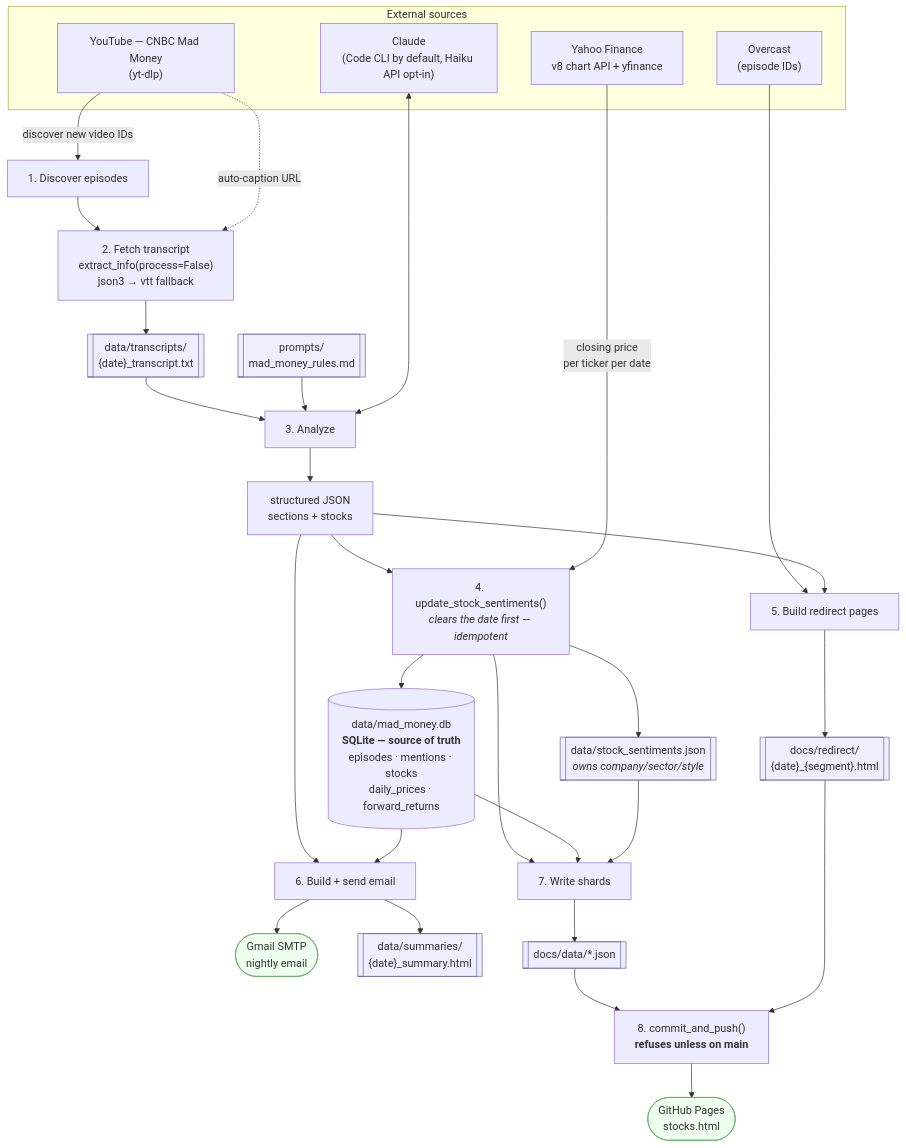
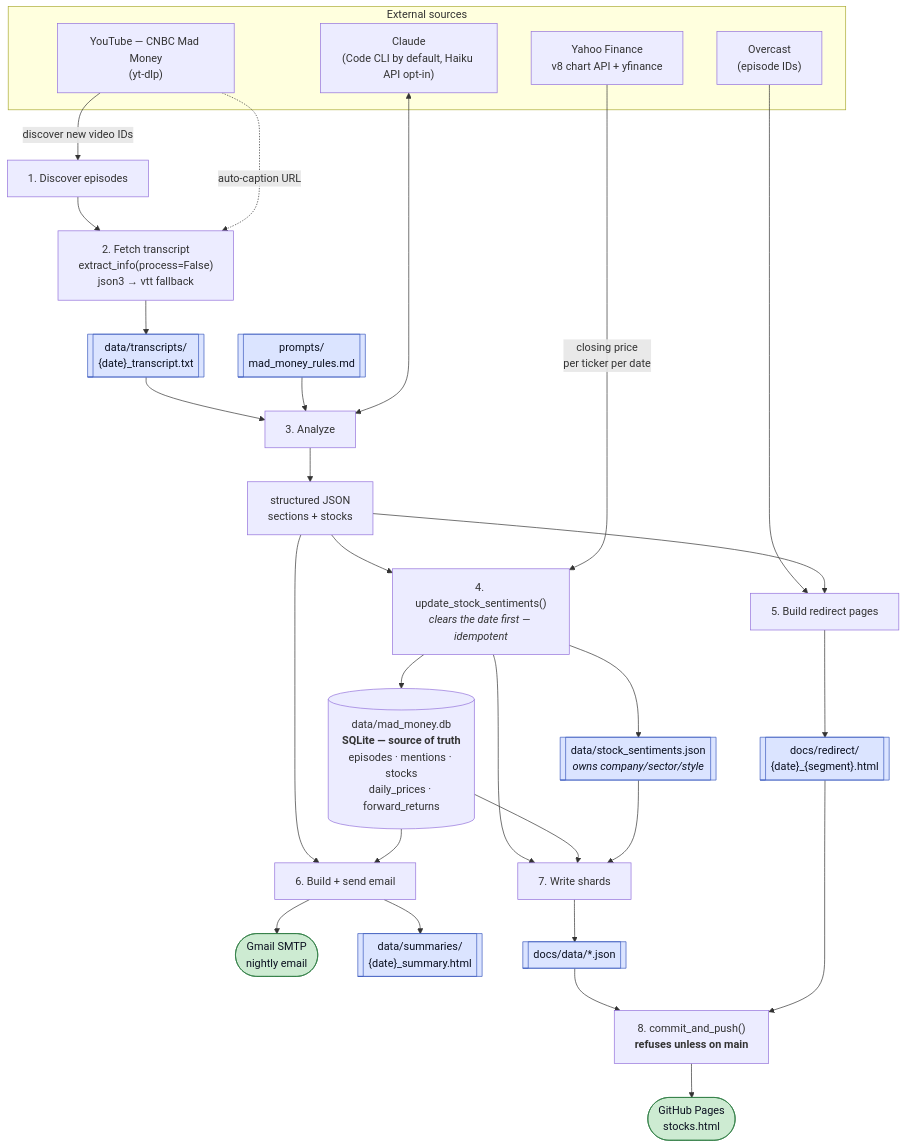
The first of 3 diagrams in notes/data-flow.md (jf-silverman/yt-words), drawn with Mermaid before and after one commit. The commit also changed other lines of this file, not shown here.

First line of the commit message:
data-flow: fix unreadable text in dark mode, add a legend

````diff
--- a/notes/data-flow.md
+++ b/notes/data-flow.md
@@ -10,48 +10,50 @@
 ```mermaid
 flowchart TD
     subgraph EXT["External sources"]
         YT["YouTube — CNBC Mad Money<br/>(yt-dlp)"]
         YF["Yahoo Finance<br/>v8 chart API + yfinance"]
         OC["Overcast<br/>(episode IDs)"]
         AN["Claude<br/>(Code CLI by default, Haiku API opt-in)"]
     end
 
     YT -->|"discover new video IDs"| DISC["1. Discover episodes"]
     DISC --> TR["2. Fetch transcript<br/>extract_info(process=False)<br/>json3 &rarr; vtt fallback"]
     YT -.->|"auto-caption URL"| TR
     TR --> TXT[["data/transcripts/<br/>{date}_transcript.txt"]]
 
     TXT --> ANA["3. Analyze"]
     RULES[["prompts/<br/>mad_money_rules.md"]] --> ANA
     AN <--> ANA
     ANA --> AJSON["structured JSON<br/>sections + stocks"]
 
     AJSON --> UPD["4. update_stock_sentiments()<br/><i>clears the date first &mdash; idempotent</i>"]
     YF -->|"closing price<br/>per ticker per date"| UPD
 
     UPD --> DB[("data/mad_money.db<br/><b>SQLite — source of truth</b><br/>episodes · mentions · stocks<br/>daily_prices · forward_returns")]
     UPD --> SS[["data/stock_sentiments.json<br/><i>owns company/sector/style</i>"]]
 
     OC --> RED["5. Build redirect pages"]
     AJSON --> RED
     RED --> RD[["docs/redirect/<br/>{date}_{segment}.html"]]
 
     AJSON --> EM["6. Build + send email"]
     DB --> EM
     EM --> MAIL(["Gmail SMTP<br/>nightly email"])
     EM --> SUM[["data/summaries/<br/>{date}_summary.html"]]
 
     UPD --> SHARD["7. Write shards"]
     DB --> SHARD
     SS --> SHARD
     SHARD --> DOCS[["docs/data/*.json"]]
 
     DOCS --> PUSH["8. commit_and_push()<br/><b>refuses unless on main</b>"]
     RD --> PUSH
     PUSH --> PAGES(["GitHub Pages<br/>stocks.html"])
 
-    classDef store fill:#eef,stroke:#66a
-    classDef out fill:#efe,stroke:#6a6
+    %% Explicit color: on every classDef — a fill without one inherits the
+    %% viewer's theme text colour, which renders light-on-light in dark mode.
+    classDef store fill:#dbe4ff,stroke:#3b5bbf,stroke-width:1px,color:#0b1020
+    classDef out   fill:#cdebd2,stroke:#2f7d43,stroke-width:1px,color:#0b1020
     class TXT,SS,RD,SUM,DOCS,RULES store
     class MAIL,PAGES out
 ```
````
